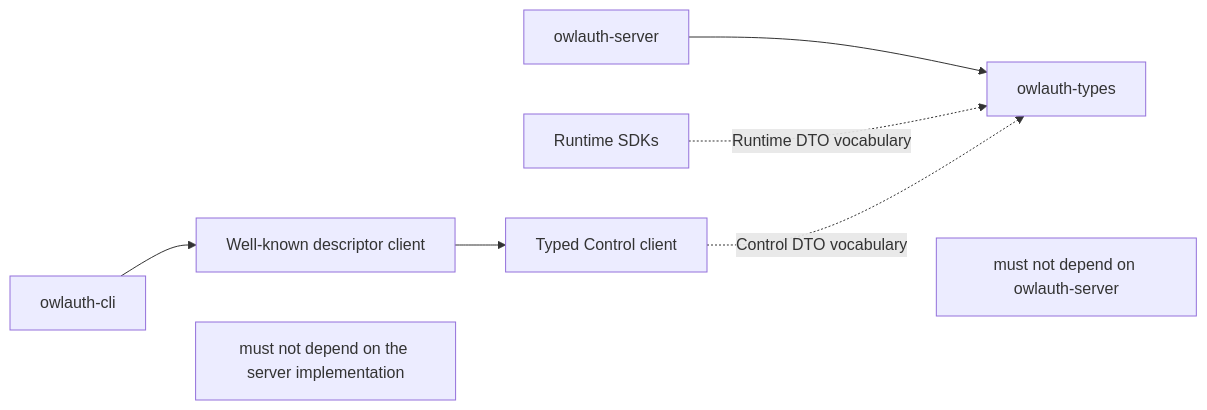
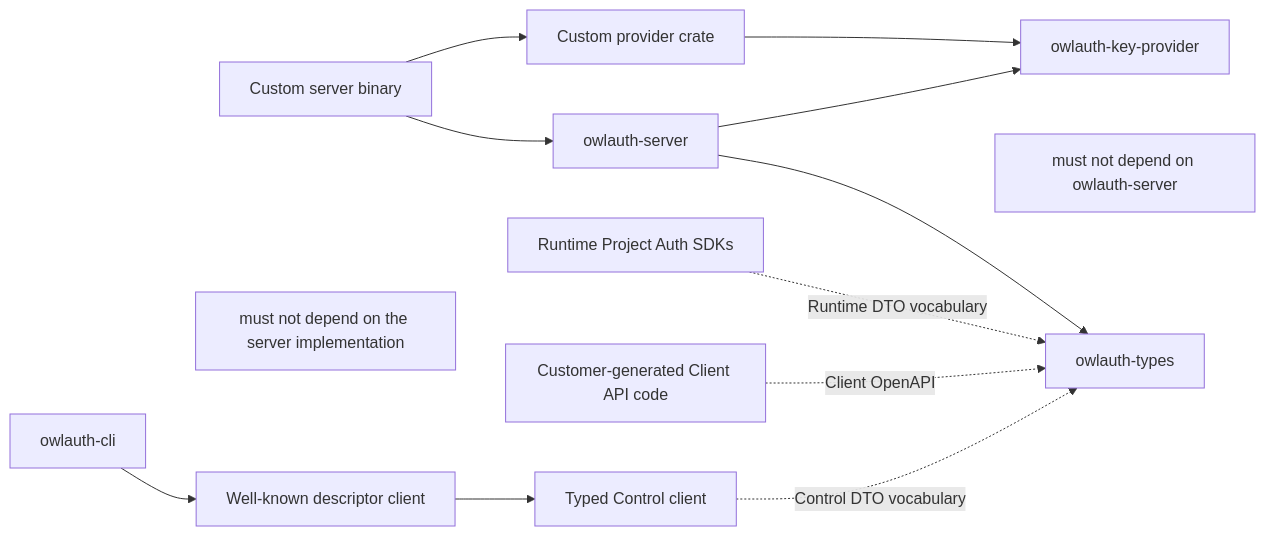
Before and after one commit to owlfoundry/owlauth: the second of 3 diagrams in spec/02-domain-and-crate-boundaries.md, drawn with Mermaid. The commit also changed other lines of this file and 320 other files, not shown here.

Commit message:
feat(server+cli+web+repo): complete project client API

````diff
--- a/spec/02-domain-and-crate-boundaries.md
+++ b/spec/02-domain-and-crate-boundaries.md
@@ -58,11 +67,16 @@
 ```mermaid
 flowchart LR
     SERVER[owlauth-server] --> TYPES[owlauth-types]
-    SDK[Runtime SDKs] -. Runtime DTO vocabulary .-> TYPES
+    SERVER --> KEYSPI[owlauth-key-provider]
+    CUSTOM[Custom provider crate] --> KEYSPI
+    CUSTOMBIN[Custom server binary] --> SERVER
+    CUSTOMBIN --> CUSTOM
+    SDK[Runtime Project Auth SDKs] -. Runtime DTO vocabulary .-> TYPES
+    GENERATED[Customer-generated Client API code] -. Client OpenAPI .-> TYPES
     CLI[owlauth-cli] --> DISCOVERY[Well-known descriptor client]
     DISCOVERY --> CCLIENT[Typed Control client]
     CCLIENT -. Control DTO vocabulary .-> TYPES
 
     CLI ~~~ NO1["must not depend on the server implementation"]
     SDK ~~~ NO2["must not depend on owlauth-server"]
 ```
````
